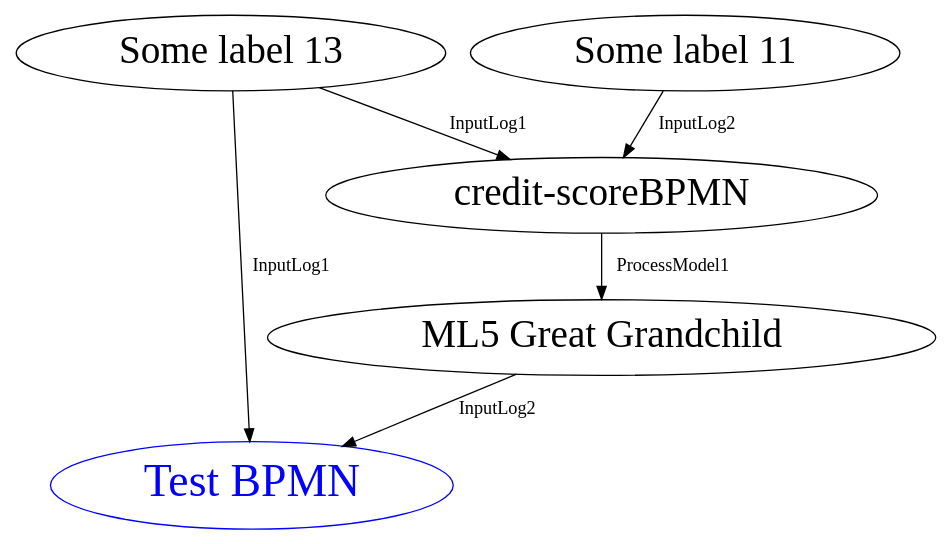
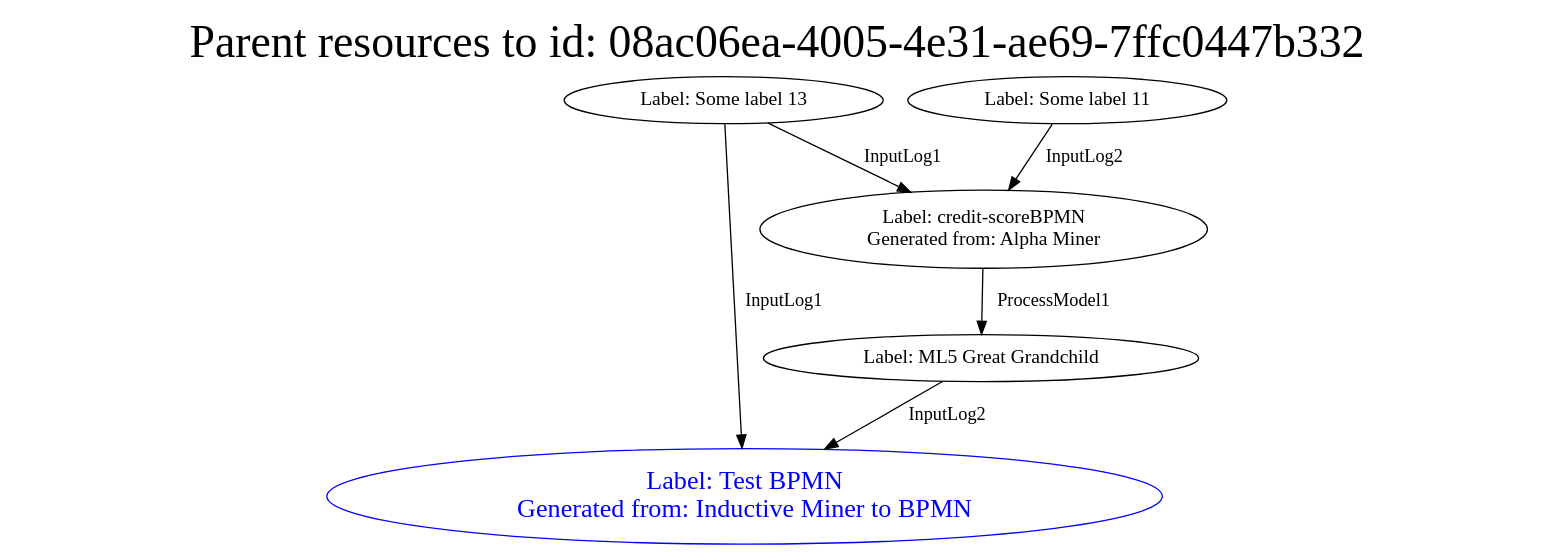
One commit to ProcessDryLab-master-project/Repository changed the diagram in Resources/DOT/test.dot. Above: the diagram before and after it, drawn with Graphviz. The commit also changed 5 other files, not shown here.

Commit message:
Updates to relation graph

```diff
--- a/Resources/DOT/test.dot
+++ b/Resources/DOT/test.dot
@@ -1,14 +1,17 @@
-digraph "da282422-c412-4ec3-bc96-34d34e5bb65e"
+digraph "6129a64c-5164-4abc-a447-182e9356a358"
 {
-	"08ac06ea-4005-4e31-ae69-7ffc0447b332" [ color = "blue", fontcolor = "blue", fontsize = 35, label = "Test BPMN" ]
-	"fe960d94-5928-4463-b0f8-c59072b5d449" [ fontsize = 30, label = "Some label 13" ]
+	fontsize = 35
+label = "Parent resources to id: 08ac06ea-4005-4e31-ae69-7ffc0447b332"
+labelloc = "t"
+	"08ac06ea-4005-4e31-ae69-7ffc0447b332" [ color = "blue", fontcolor = "blue", fontsize = 20, label = "Label: Test BPMN\nGenerated from: Inductive Miner to BPMN" ]
+	"fe960d94-5928-4463-b0f8-c59072b5d449" [ fontsize = 15, label = "Label: Some label 13" ]
 	"fe960d94-5928-4463-b0f8-c59072b5d449" -> "08ac06ea-4005-4e31-ae69-7ffc0447b332" [ label = "InputLog1", labelfontsize = 5 ]
-	"01a5aebe-42c6-42f1-87cf-c8de11779d8b" [ fontsize = 30, label = "ML5 Great Grandchild" ]
+	"01a5aebe-42c6-42f1-87cf-c8de11779d8b" [ fontsize = 15, label = "Label: ML5 Great Grandchild" ]
 	"01a5aebe-42c6-42f1-87cf-c8de11779d8b" -> "08ac06ea-4005-4e31-ae69-7ffc0447b332" [ label = "InputLog2", labelfontsize = 5 ]
-	"1321d984-17b6-4ec1-93c7-26ad4cedc85d" [ fontsize = 30, label = "credit-scoreBPMN" ]
+	"1321d984-17b6-4ec1-93c7-26ad4cedc85d" [ fontsize = 15, label = "Label: credit-scoreBPMN\nGenerated from: Alpha Miner" ]
 	"1321d984-17b6-4ec1-93c7-26ad4cedc85d" -> "01a5aebe-42c6-42f1-87cf-c8de11779d8b" [ label = "ProcessModel1", labelfontsize = 5 ]
-	"fe960d94-5928-4463-b0f8-c59072b5d449" [ fontsize = 30, label = "Some label 13" ]
+	"fe960d94-5928-4463-b0f8-c59072b5d449" [ fontsize = 15, label = "Label: Some label 13" ]
 	"fe960d94-5928-4463-b0f8-c59072b5d449" -> "1321d984-17b6-4ec1-93c7-26ad4cedc85d" [ label = "InputLog1", labelfontsize = 5 ]
-	"db9bb61c-f9a9-4d0f-ad3d-f2b5d881581e" [ fontsize = 30, label = "Some label 11" ]
+	"db9bb61c-f9a9-4d0f-ad3d-f2b5d881581e" [ fontsize = 15, label = "Label: Some label 11" ]
 	"db9bb61c-f9a9-4d0f-ad3d-f2b5d881581e" -> "1321d984-17b6-4ec1-93c7-26ad4cedc85d" [ label = "InputLog2", labelfontsize = 5 ]
 }
```
